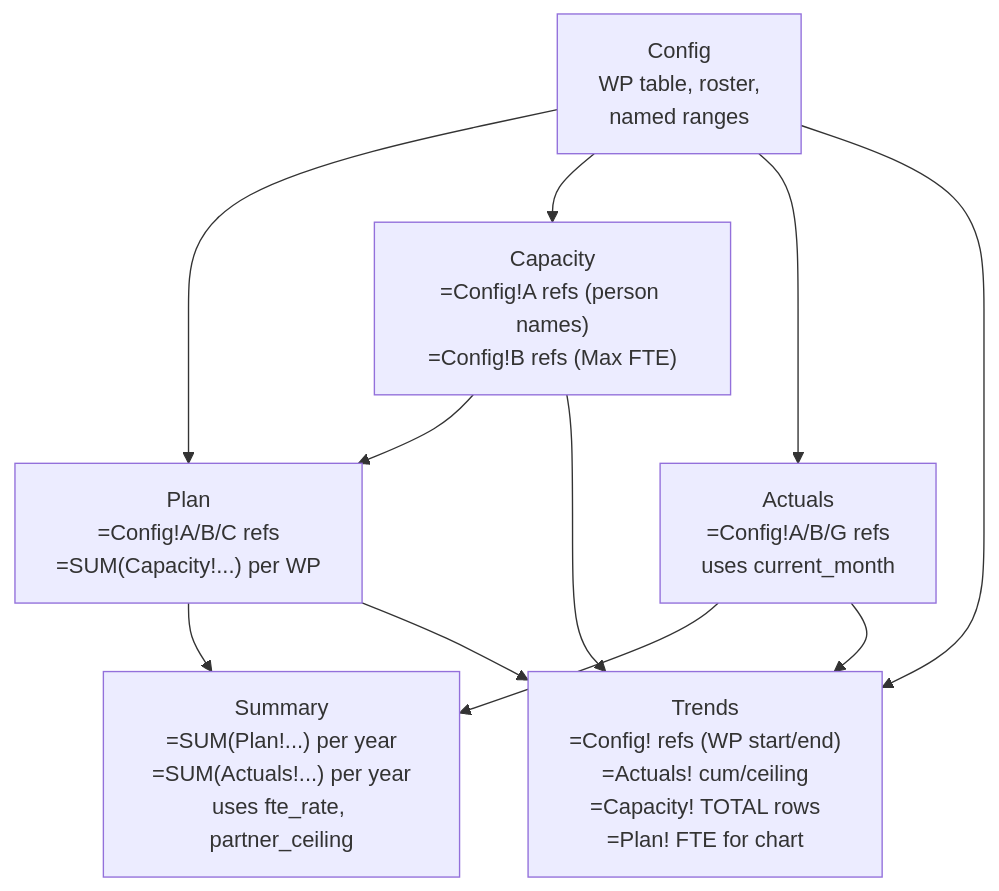
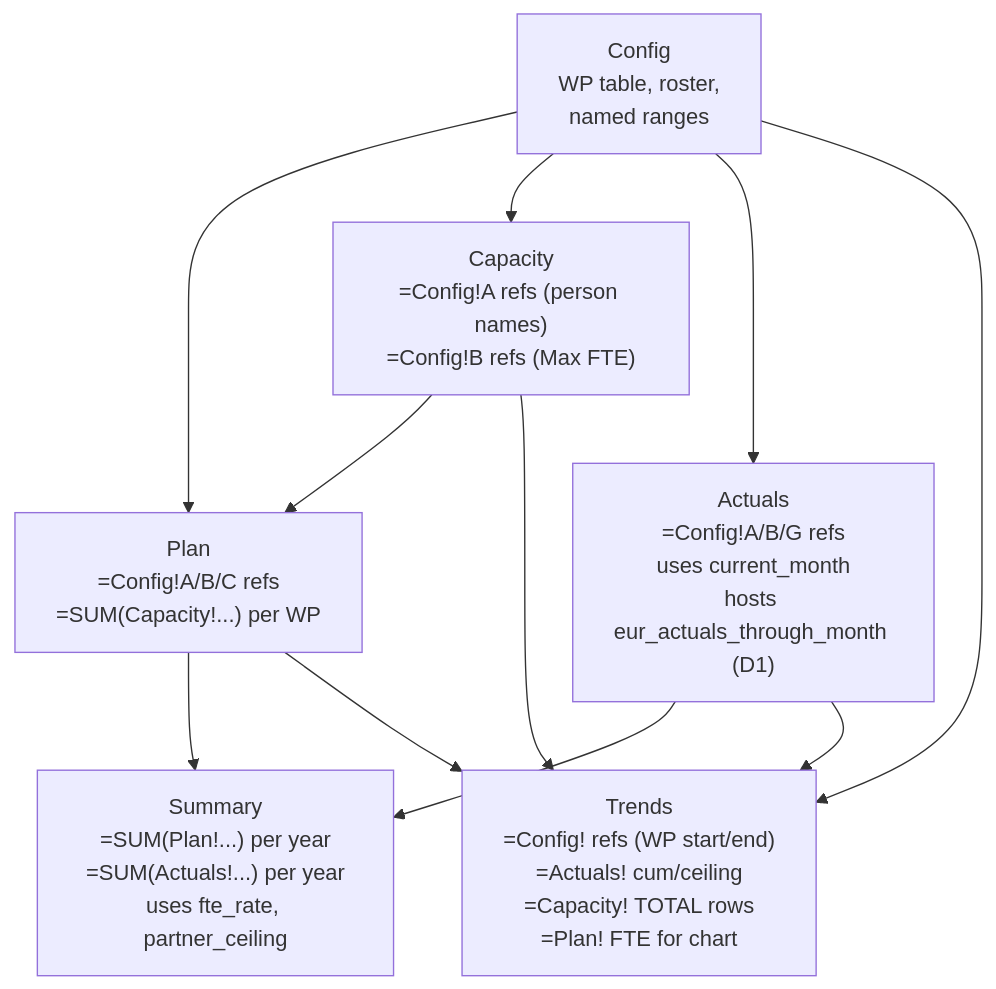
Before and after one commit to KristjanHS/budget-planner: the sixth of 6 diagrams in docs/architecture.md, drawn with Mermaid. The commit also changed other lines of this file and 8 other files, not shown here.

First line of the commit message:
docs+refactor(config): Stage 2 cleanup for through-month relocation

````diff
--- a/docs/architecture.md
+++ b/docs/architecture.md
@@ -140,20 +140,20 @@
 ```mermaid
 flowchart TD
   CONFIG["Config<br/>WP table, roster,<br/>named ranges"]
   PLAN["Plan<br/>=Config!A/B/C refs<br/>=SUM(Capacity!...) per WP"]
   CAP["Capacity<br/>=Config!A refs (person names)<br/>=Config!B refs (Max FTE)"]
-  ACT["Actuals<br/>=Config!A/B/G refs<br/>uses current_month"]
+  ACT["Actuals<br/>=Config!A/B/G refs<br/>uses current_month<br/>hosts eur_actuals_through_month (D1)"]
   SUM["Summary<br/>=SUM(Plan!...) per year<br/>=SUM(Actuals!...) per year<br/>uses fte_rate, partner_ceiling"]
   TRENDS["Trends<br/>=Config! refs (WP start/end)<br/>=Actuals! cum/ceiling<br/>=Capacity! TOTAL rows<br/>=Plan! FTE for chart"]
 
   CONFIG --> PLAN
   CONFIG --> CAP
   CONFIG --> ACT
   CONFIG --> TRENDS
   CAP --> PLAN
   PLAN --> SUM
   ACT --> SUM
   PLAN --> TRENDS
   ACT --> TRENDS
   CAP --> TRENDS
 ```
````
